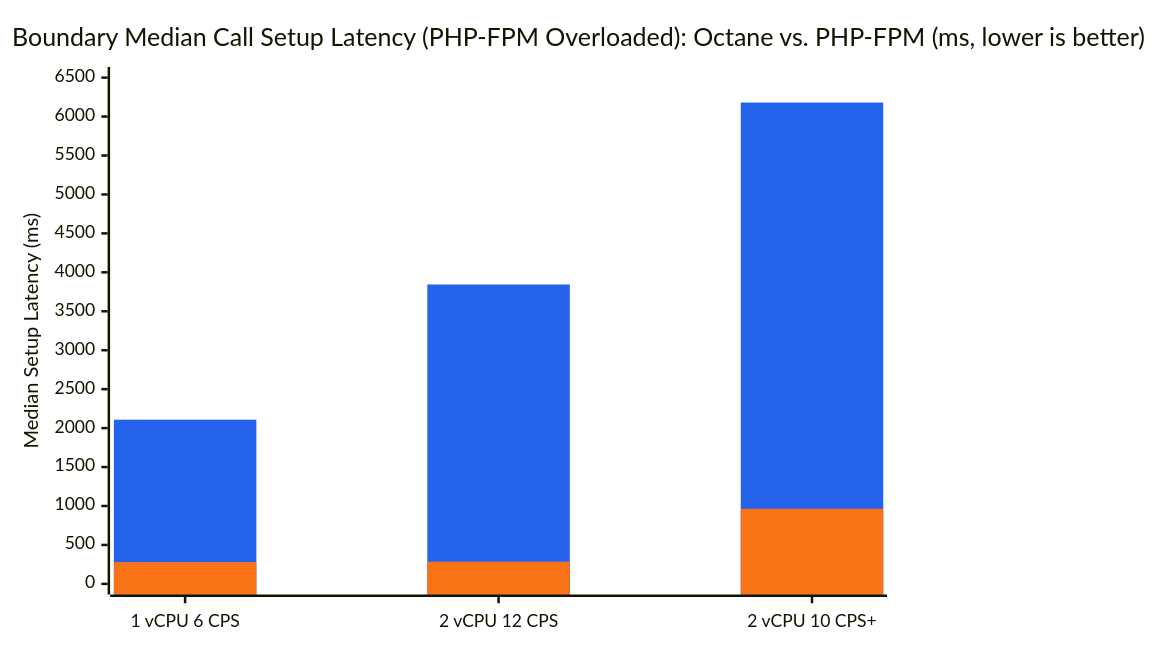
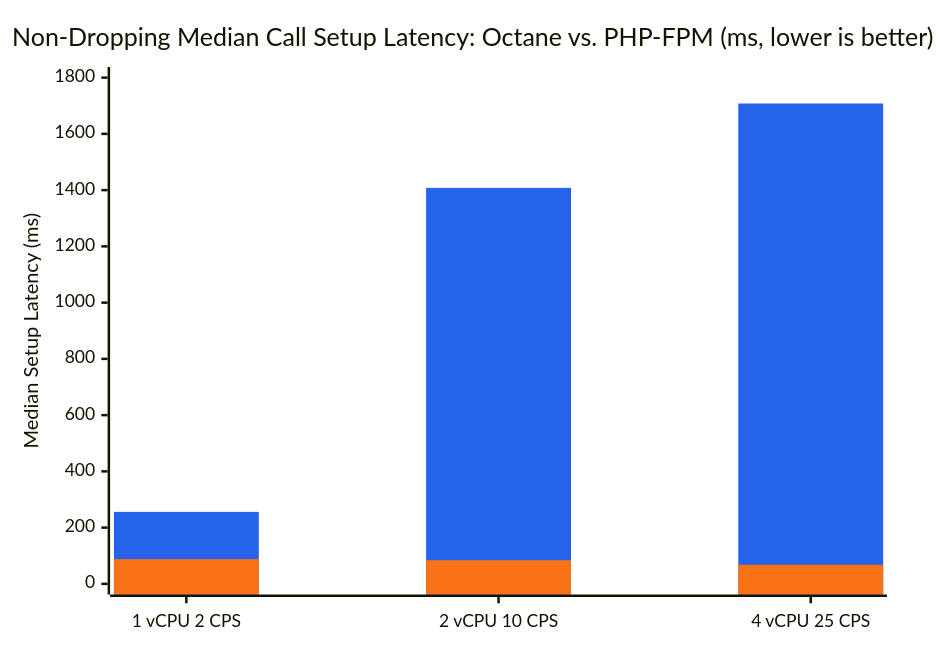
One commit to tallpbx/tallpbx changed the first of 2 diagrams in docs/load-testing-results.md. Above: the diagram before and after it, drawn with Mermaid. The commit also changed other lines of this file and 10 other files, not shown here.

````diff
--- a/docs/load-testing-results.md
+++ b/docs/load-testing-results.md
@@ -70,14 +34,14 @@
 ```mermaid
 ---
 config:
   themeVariables:
     xyChart:
       plotColorPalette: "#2563eb, #f97316"
 ---
 xychart-beta
-    title "Boundary Median Call Setup Latency (PHP-FPM Overloaded): Octane vs. PHP-FPM (ms, lower is better)"
-    x-axis ["1 vCPU 6 CPS", "2 vCPU 12 CPS", "2 vCPU 10 CPS+"]
-    y-axis "Median Setup Latency (ms)" 0 --> 6500
-    bar [2108, 3844, 6180]
-    bar [280, 284, 964]
+    title "Non-Dropping Median Call Setup Latency: Octane vs. PHP-FPM (ms, lower is better)"
+    x-axis ["1 vCPU 2 CPS", "2 vCPU 10 CPS", "4 vCPU 25 CPS"]
+    y-axis "Median Setup Latency (ms)" 0 --> 1800
+    bar [256.0, 1408.0, 1708.0]
+    bar [88.0, 84.0, 68.0]
 ```
````
